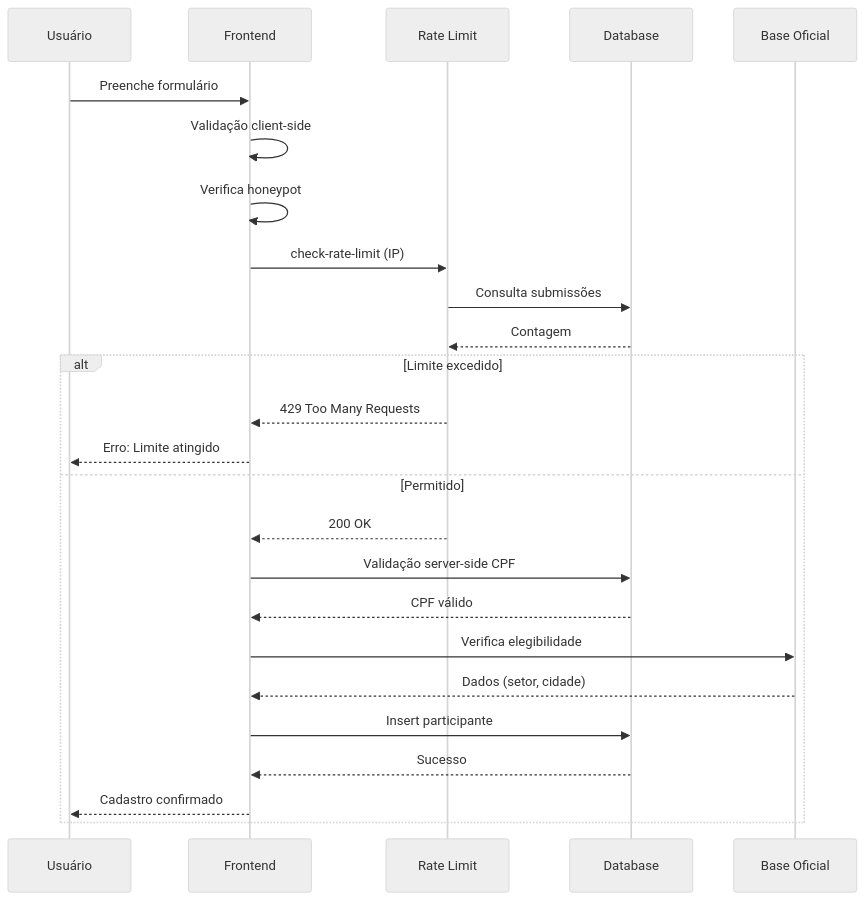
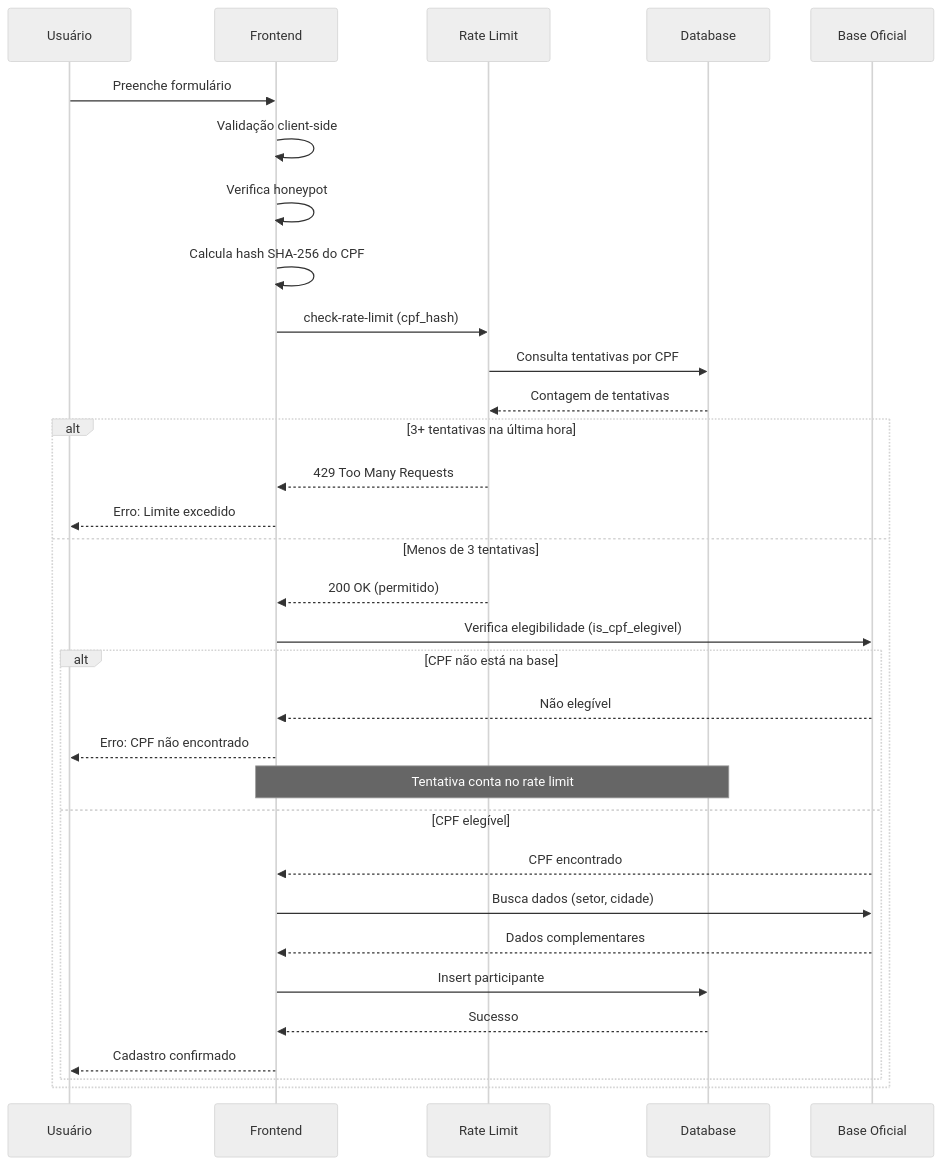
The second of 10 diagrams in DOCUMENTACAO_SISTEMA.md (Isaquegfs/sorteador-sempre), drawn with Mermaid (neutral theme) before and after one commit. The commit also changed other lines of this file, not shown here.

````diff
--- a/DOCUMENTACAO_SISTEMA.md
+++ b/DOCUMENTACAO_SISTEMA.md
@@ -218,28 +234,35 @@
 ```mermaid
 sequenceDiagram
     participant U as Usuário
     participant F as Frontend
     participant RL as Rate Limit
     participant DB as Database
     participant BO as Base Oficial
     
     U->>F: Preenche formulário
     F->>F: Validação client-side
     F->>F: Verifica honeypot
-    F->>RL: check-rate-limit (IP)
-    RL->>DB: Consulta submissões
-    DB-->>RL: Contagem
-    alt Limite excedido
+    F->>F: Calcula hash SHA-256 do CPF
+    F->>RL: check-rate-limit (cpf_hash)
+    RL->>DB: Consulta tentativas por CPF
+    DB-->>RL: Contagem de tentativas
+    alt 3+ tentativas na última hora
         RL-->>F: 429 Too Many Requests
-        F-->>U: Erro: Limite atingido
-    else Permitido
-        RL-->>F: 200 OK
-        F->>DB: Validação server-side CPF
-        DB-->>F: CPF válido
-        F->>BO: Verifica elegibilidade
-        BO-->>F: Dados (setor, cidade)
-        F->>DB: Insert participante
-        DB-->>F: Sucesso
-        F-->>U: Cadastro confirmado
+        F-->>U: Erro: Limite excedido
+    else Menos de 3 tentativas
+        RL-->>F: 200 OK (permitido)
+        F->>BO: Verifica elegibilidade (is_cpf_elegivel)
+        alt CPF não está na base
+            BO-->>F: Não elegível
+            F-->>U: Erro: CPF não encontrado
+            Note over F,DB: Tentativa conta no rate limit
+        else CPF elegível
+            BO-->>F: CPF encontrado
+            F->>BO: Busca dados (setor, cidade)
+            BO-->>F: Dados complementares
+            F->>DB: Insert participante
+            DB-->>F: Sucesso
+            F-->>U: Cadastro confirmado
+        end
     end
 ```
````
